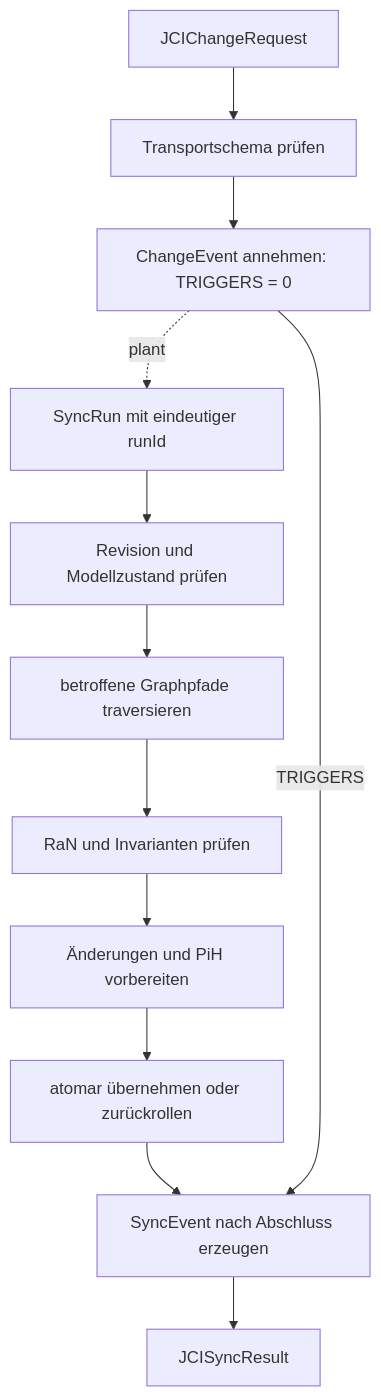
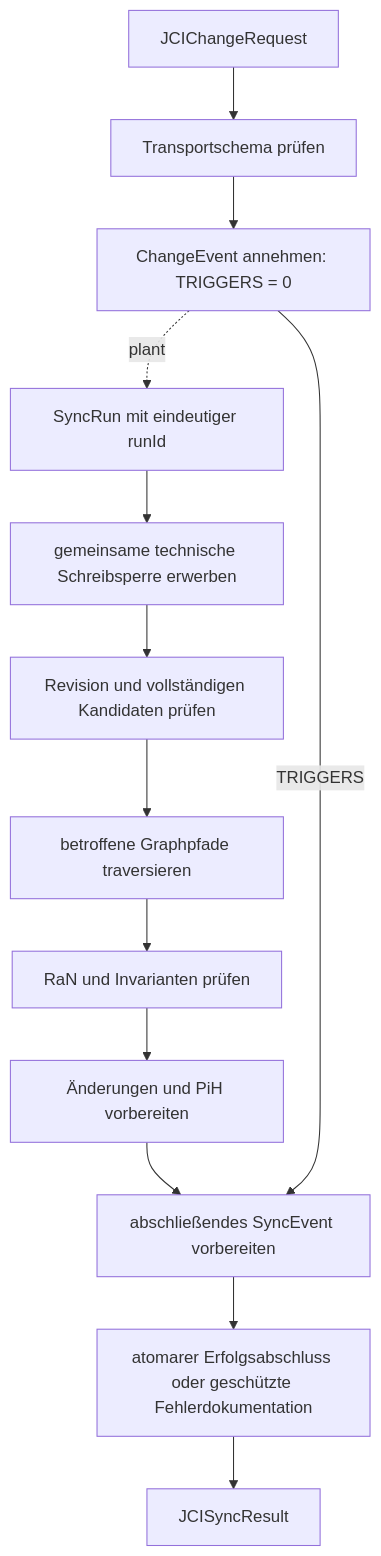
The diagram in docs/guides/JCI_IMPLEMENTATION_GUIDE.md (eeimicke/junaco-jci-loop), drawn with Mermaid before and after one commit. The commit also changed other lines of this file and 42 other files, not shown here.

````diff
--- a/docs/guides/JCI_IMPLEMENTATION_GUIDE.md
+++ b/docs/guides/JCI_IMPLEMENTATION_GUIDE.md
@@ -45,14 +59,15 @@
 ```mermaid
 flowchart TD
     Request[JCIChangeRequest] --> Transport[Transportschema prüfen]
     Transport --> ChangeEvent[ChangeEvent annehmen: TRIGGERS = 0]
     ChangeEvent -. plant .-> Run[SyncRun mit eindeutiger runId]
-    Run --> Validate[Revision und Modellzustand prüfen]
+    Run --> Gate[gemeinsame technische Schreibsperre erwerben]
+    Gate --> Validate[Revision und vollständigen Kandidaten prüfen]
     Validate --> Traverse[betroffene Graphpfade traversieren]
     Traverse --> Rules[RaN und Invarianten prüfen]
     Rules --> Prepare[Änderungen und PiH vorbereiten]
-    Prepare --> Commit[atomar übernehmen oder zurückrollen]
-    Commit --> Event[SyncEvent nach Abschluss erzeugen]
+    Prepare --> Event[abschließendes SyncEvent vorbereiten]
     ChangeEvent -->|TRIGGERS| Event
-    Event --> Result[JCISyncResult]
+    Event --> Commit[atomarer Erfolgsabschluss oder geschützte Fehlerdokumentation]
+    Commit --> Result[JCISyncResult]
 ```
````
